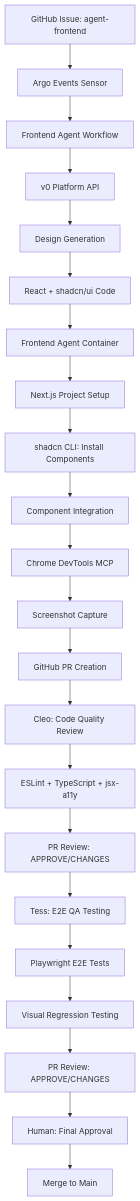
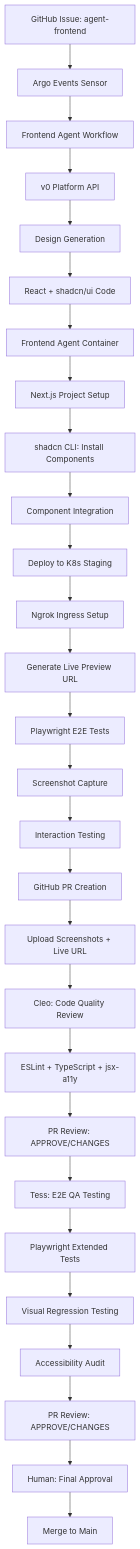
The diagram in docs/engineering/frontend-agent/architecture.md (5dlabs/cto), drawn with Mermaid before and after one commit. The commit also changed other lines of this file and 1 other file, not shown here.

First line of the commit message:
docs: add Kubernetes + Ngrok + Playwright architecture for Blaze Frontend Agent

````diff
--- a/docs/engineering/frontend-agent/architecture.md
+++ b/docs/engineering/frontend-agent/architecture.md
@@ -19,30 +22,38 @@
 ```mermaid
 graph TD
     A[GitHub Issue: agent-frontend] --> B[Argo Events Sensor]
     B --> C[Frontend Agent Workflow]
 
     C --> D[v0 Platform API]
     D --> E[Design Generation]
     E --> F[React + shadcn/ui Code]
 
     F --> G[Frontend Agent Container]
     G --> H[Next.js Project Setup]
     H --> I[shadcn CLI: Install Components]
     I --> J[Component Integration]
 
-    J --> K[Chrome DevTools MCP]
-    K --> L[Screenshot Capture]
-    L --> M[GitHub PR Creation]
+    J --> K[Deploy to K8s Staging]
+    K --> L[Ngrok Ingress Setup]
+    L --> M[Generate Live Preview URL]
+    
+    M --> N[Playwright E2E Tests]
+    N --> O[Screenshot Capture]
+    O --> P[Interaction Testing]
+    
+    P --> Q[GitHub PR Creation]
+    Q --> R[Upload Screenshots + Live URL]
 
-    M --> N[Cleo: Code Quality Review]
-    N --> O[ESLint + TypeScript + jsx-a11y]
-    O --> P[PR Review: APPROVE/CHANGES]
+    R --> S[Cleo: Code Quality Review]
+    S --> T[ESLint + TypeScript + jsx-a11y]
+    T --> U[PR Review: APPROVE/CHANGES]
 
-    P --> Q[Tess: E2E QA Testing]
-    Q --> R[Playwright E2E Tests]
-    R --> S[Visual Regression Testing]
-    S --> T[PR Review: APPROVE/CHANGES]
+    U --> V[Tess: E2E QA Testing]
+    V --> W[Playwright Extended Tests]
+    W --> X[Visual Regression Testing]
+    X --> Y[Accessibility Audit]
+    Y --> Z[PR Review: APPROVE/CHANGES]
 
-    T --> U[Human: Final Approval]
-    U --> V[Merge to Main]
+    Z --> AA[Human: Final Approval]
+    AA --> AB[Merge to Main]
 ```
````
